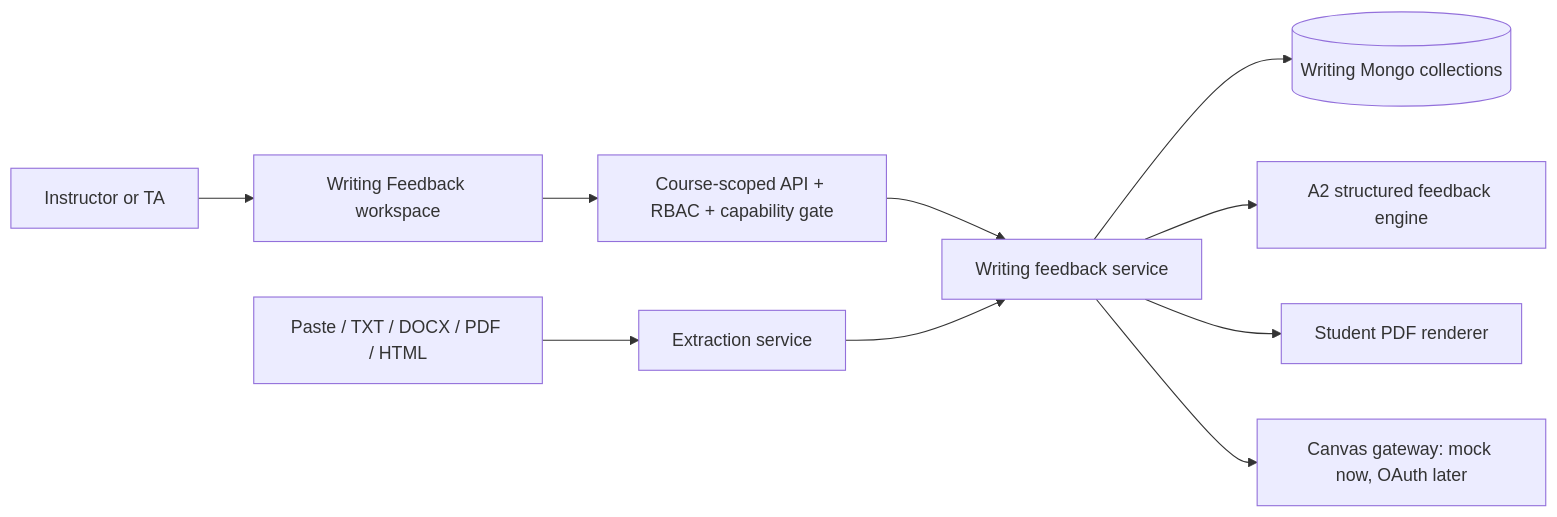
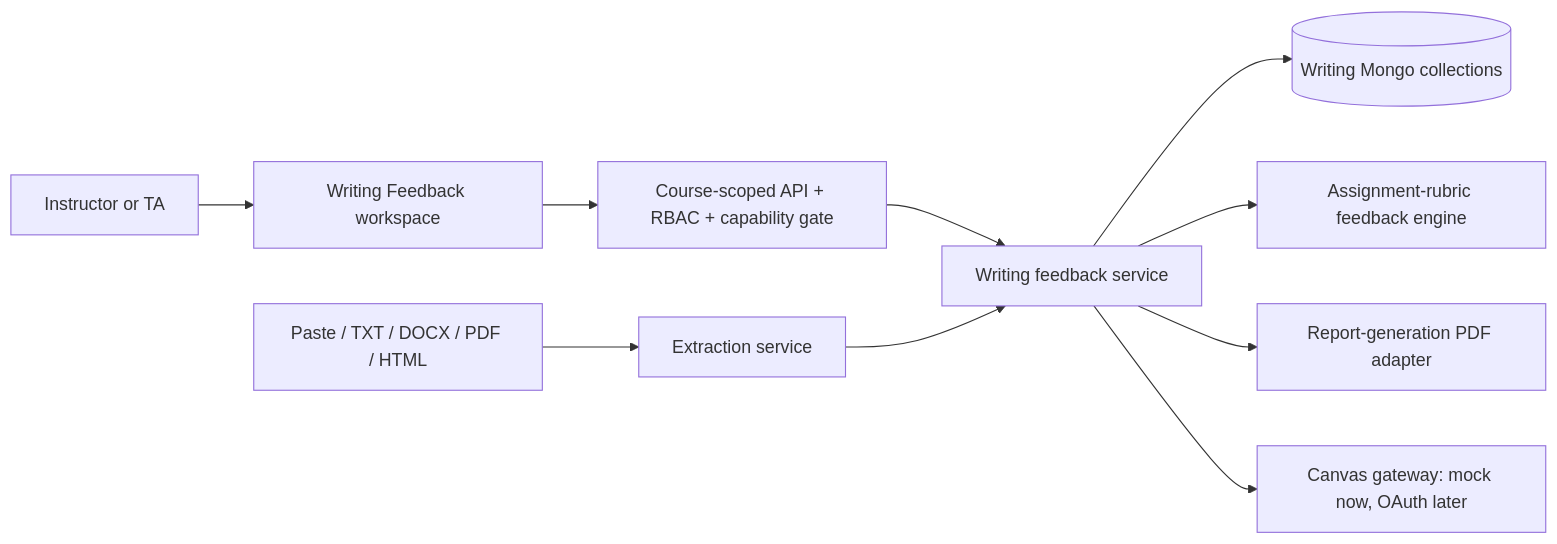
The diagram in documents/WRITING_FEEDBACK_ARCHITECTURE.md (ubc/tlef-engeai), drawn with Mermaid before and after one commit. The commit also changed other lines of this file and 40 other files, not shown here.

Commit message:
feat(writing-feedback): support assignment-specific rubrics

````diff
--- a/documents/WRITING_FEEDBACK_ARCHITECTURE.md
+++ b/documents/WRITING_FEEDBACK_ARCHITECTURE.md
@@ -28,12 +28,12 @@
 ```mermaid
 flowchart LR
   Staff[Instructor or TA] --> UI[Writing Feedback workspace]
   UI --> API[Course-scoped API + RBAC + capability gate]
   API --> Service[Writing feedback service]
   Service --> Mongo[(Writing Mongo collections)]
-  Service --> Engine[A2 structured feedback engine]
-  Service --> PDF[Student PDF renderer]
+  Service --> Engine[Assignment-rubric feedback engine]
+  Service --> PDF[Report-generation PDF adapter]
   Service --> Canvas[Canvas gateway: mock now, OAuth later]
   Intake[Paste / TXT / DOCX / PDF / HTML] --> Extract[Extraction service]
   Extract --> Service
 ```
````
